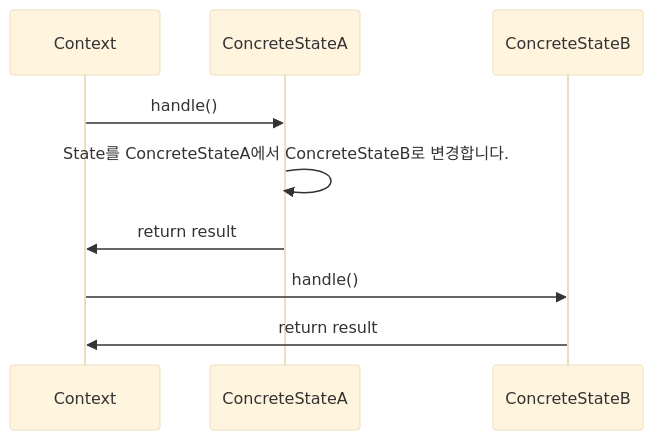
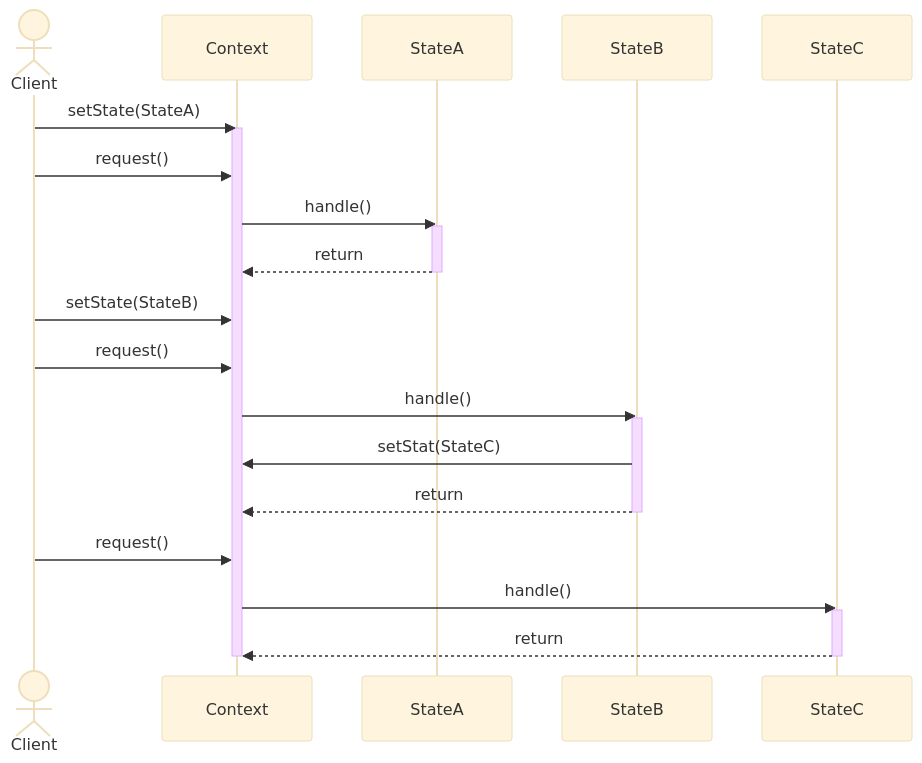
One commit to choesimin/choesimin.github.io changed the second of 6 diagrams in _drafts/skills/state-pattern.md. Above: the diagram before and after it, drawn with Mermaid (base theme). The commit also changed other lines of this file, not shown here.

````diff
--- a/_drafts/skills/state-pattern.md
+++ b/_drafts/skills/state-pattern.md
@@ -160,9 +161,30 @@
 ```mermaid
 sequenceDiagram
 
-Context ->> ConcreteStateA : handle()
-ConcreteStateA ->> ConcreteStateA : State를 ConcreteStateA에서 ConcreteStateB로 변경합니다.
-ConcreteStateA ->> Context : return result
-Context ->> ConcreteStateB : handle()
-ConcreteStateB ->> Context : return result
+actor Client
+
+Client ->> Context : setState(StateA)
+activate Context
+
+Client ->> Context : request()
+Context ->> StateA : handle()
+activate StateA
+StateA -->> Context : return
+deactivate StateA
+
+Client ->> Context : setState(StateB)
+Client ->> Context : request()
+Context ->> StateB : handle()
+activate StateB
+StateB ->> Context : setStat(StateC)
+StateB -->> Context : return
+deactivate StateB
+
+Client ->> Context : request()
+Context ->> StateC : handle()
+activate StateC
+StateC -->> Context : return
+deactivate StateC
+
+deactivate Context
 ```
````
